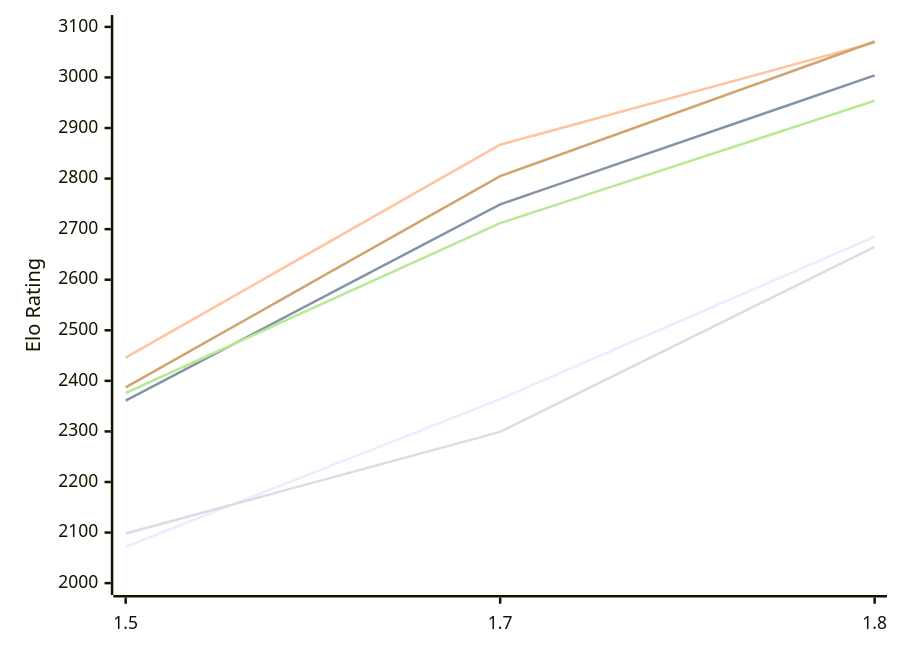
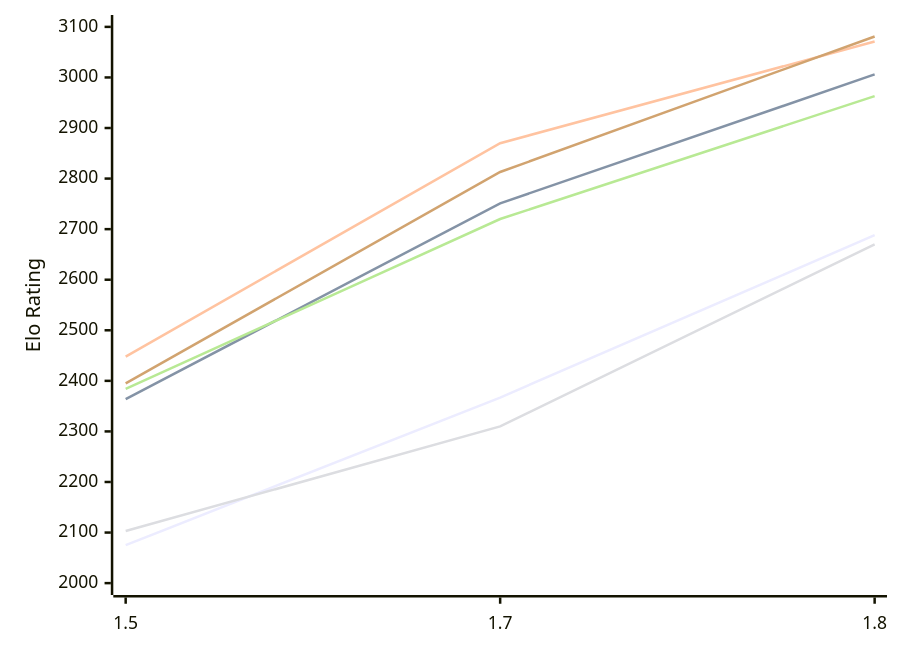
One commit to computer-chess-index/cci changed the first of 2 diagrams in engines/Facon.md. Above: the diagram before and after it, drawn with Mermaid. The commit also changed other lines of this file, not shown here.

Commit message:
Update CCI Ratings (ELO VLTC) - 2026-11-25

````diff
--- a/engines/Facon.md
+++ b/engines/Facon.md
@@ -54,12 +54,12 @@
 ```mermaid
 %%{init: {"theme":"base","themeVariables":{"seriesColors:['#a3a3a3','#222221','#faa371']}}}%%
 xychart-beta
   x-axis ["1.5", "1.7", "1.8"]
   y-axis "Elo Rating" 2000 --> 3100
-  line "E1: STC (8.0+0.08s)" [2072, 2364, 2685]
-  line "E1: LTC (60.0+0.60s)" [2361, 2749, 3004]
-  line "E1: VLTC (2m24s+1.12s)" [2446, 2867, 3069]
-  line "P1: STC (8.0+0.08s)" [2098, 2299, 2665]
-  line "P1: LTC (60.0+0.60s)" [2376, 2712, 2954]
-  line "P1: VLTC (2m24s+1.12s)" [2387, 2805, 3071]
+  line "E1: STC (8.0+0.08s)" [2075, 2367, 2688]
+  line "E1: LTC (60.0+0.60s)" [2364, 2751, 3006]
+  line "E1: VLTC (2m24s+1.12s)" [2448, 2870, 3071]
+  line "P1: STC (8.0+0.08s)" [2103, 2310, 2670]
+  line "P1: LTC (60.0+0.60s)" [2384, 2720, 2963]
+  line "P1: VLTC (2m24s+1.12s)" [2395, 2813, 3081]
 ```
````
